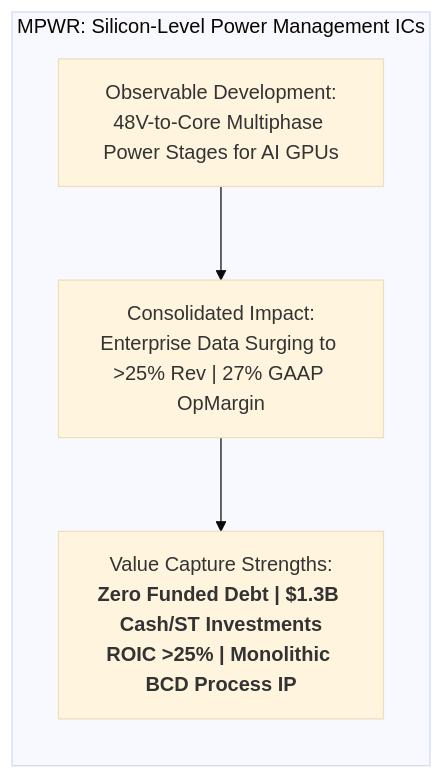
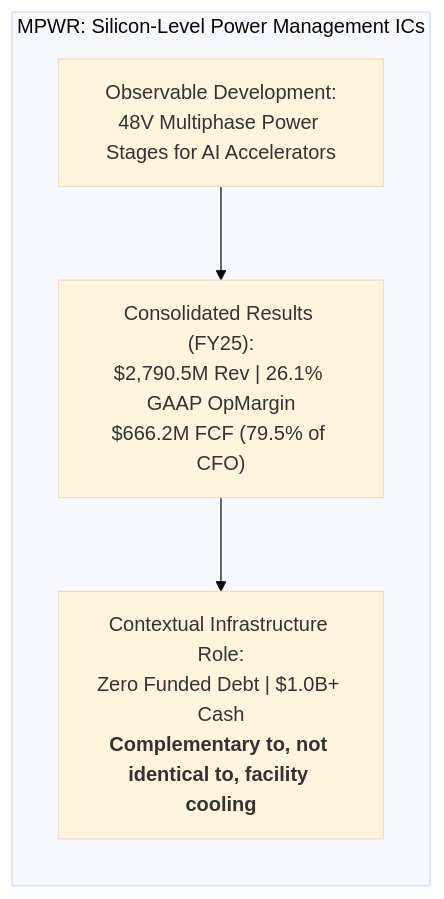
Before and after one commit to daakara/finance: the third of 3 diagrams in docs/research/evidence_led_discovery/DISCOVERY_OPPORTUNITY_RECORDS.md, drawn with Mermaid (base theme). The commit also changed other lines of this file and 5 other files, not shown here.

````diff
--- a/docs/research/evidence_led_discovery/DISCOVERY_OPPORTUNITY_RECORDS.md
+++ b/docs/research/evidence_led_discovery/DISCOVERY_OPPORTUNITY_RECORDS.md
@@ -151,9 +149,9 @@
 ```mermaid
 flowchart LR
     subgraph MPWR_Profile["MPWR: Silicon-Level Power Management ICs"]
-        Dev["Observable Development:<br/>48V-to-Core Multiphase Power Stages for AI GPUs"]
-        Econ["Consolidated Impact:<br/>Enterprise Data Surging to >25% Rev | 27% GAAP OpMargin"]
-        Cap["Value Capture Strengths:<br/><b>Zero Funded Debt | $1.3B Cash/ST Investments<br/>ROIC >25% | Monolithic BCD Process IP</b>"]
+        Dev["Observable Development:<br/>48V Multiphase Power Stages for AI Accelerators"]
+        Econ["Consolidated Results (FY25):<br/>$2,790.5M Rev | 26.1% GAAP OpMargin<br/>$666.2M FCF (79.5% of CFO)"]
+        Cap["Contextual Infrastructure Role:<br/>Zero Funded Debt | $1.0B+ Cash<br/><b>Complementary to, not identical to, facility cooling</b>"]
     end
     Dev --> Econ --> Cap
 ```
````
